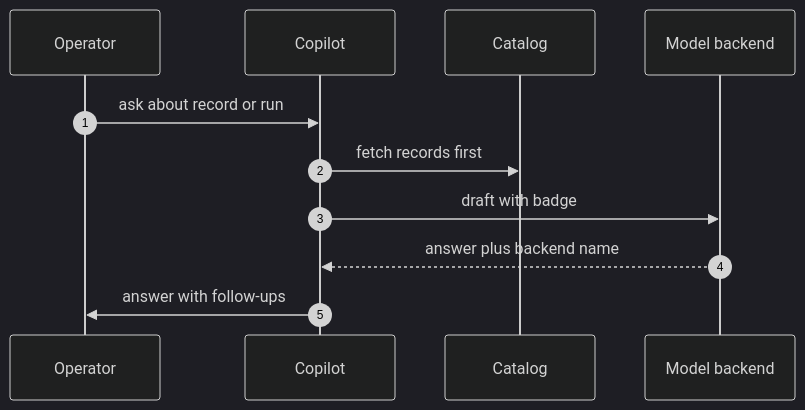
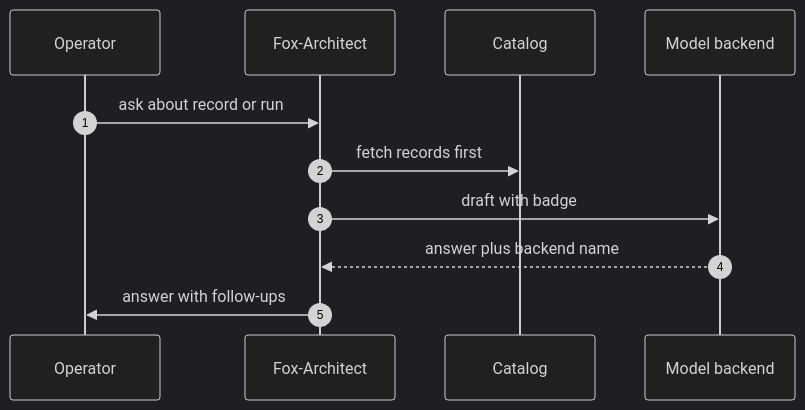
Diagram 26 of 31 in book/WORKFLOWS.md (harishgovardhandamodar/AI-Agents-Patterns), drawn with Mermaid (dark theme) before and after one commit. The commit also changed other lines of this file and 43 other files, not shown here.

First line of the commit message:
Rebrand Copilot to Fox-Architect; workflows book counsel of architects

````diff
--- a/book/WORKFLOWS.md
+++ b/book/WORKFLOWS.md
@@ -568,13 +568,13 @@
 ```mermaid
 sequenceDiagram
     autonumber
     participant U as Operator
-    participant C as Copilot
+    participant C as Fox-Architect
     participant K as Catalog
     participant M as Model backend
     U->>C: ask about record or run
     C->>K: fetch records first
     C->>M: draft with badge
     M-->>C: answer plus backend name
     C->>U: answer with follow-ups
 ```
````
